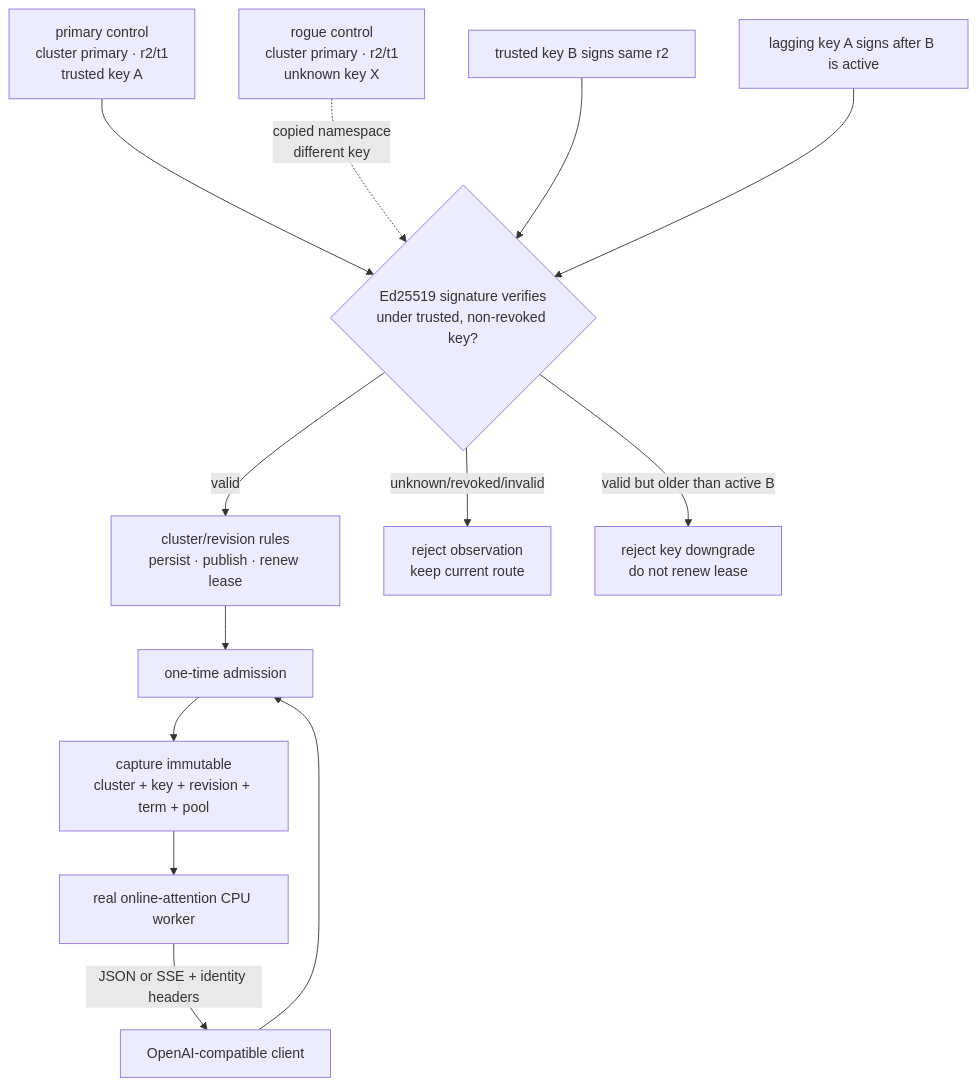
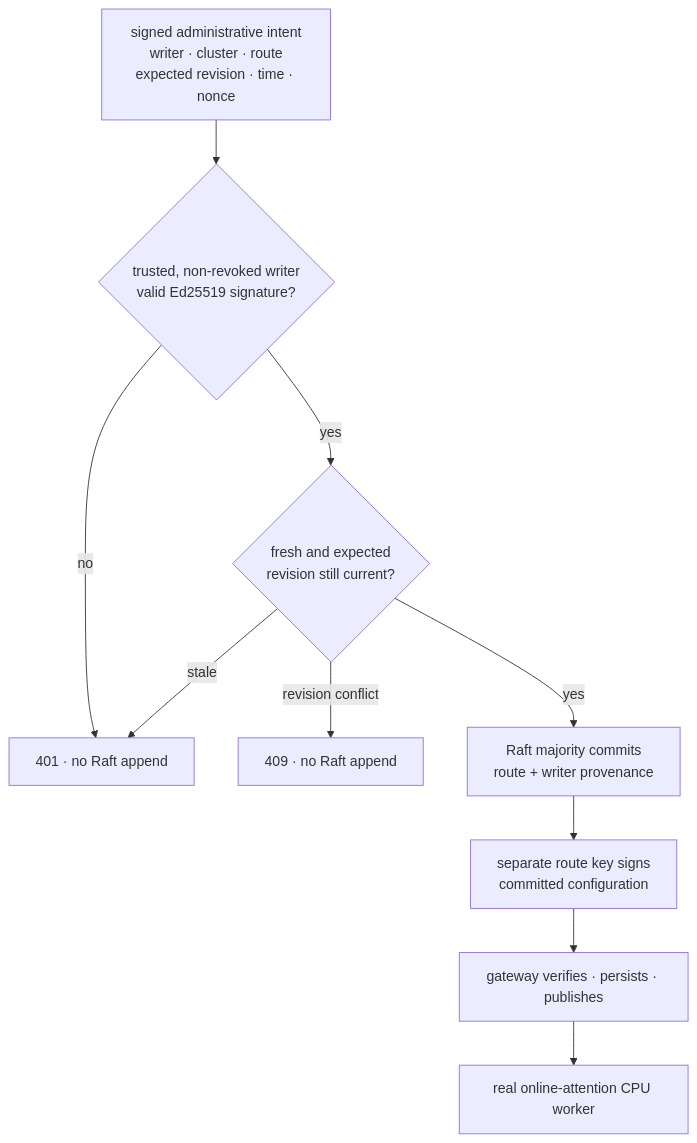
The diagram in README.md (conan505/inferLab), drawn with Mermaid before and after one commit. The commit also changed other lines of this file and 44 other files, not shown here.

Commit message:
v0.19 authorized administrative control writers

````diff
--- a/README.md
+++ b/README.md
@@ -14,15 +14,12 @@
 ```mermaid
 flowchart TD
-    P["primary control<br/>cluster primary · r2/t1<br/>trusted key A"] --> V{"Ed25519 signature verifies<br/>under trusted, non-revoked key?"}
-    X["rogue control<br/>cluster primary · r2/t1<br/>unknown key X"] -. "copied namespace<br/>different key" .-> V
-    V -->|"valid"| L["cluster/revision rules<br/>persist · publish · renew lease"]
-    V -->|"unknown/revoked/invalid"| R["reject observation<br/>keep current route"]
-    B["trusted key B signs same r2"] --> V
-    A2["lagging key A signs after B is active"] --> V
-    V -->|"valid but older than active B"| D["reject key downgrade<br/>do not renew lease"]
-    C["OpenAI-compatible client"] --> A["one-time admission"]
-    L --> A
-    A --> S["capture immutable<br/>cluster + key + revision + term + pool"]
-    S --> W["real online-attention CPU worker"]
-    W -->|"JSON or SSE + identity headers"| C
+    I["signed administrative intent<br/>writer · cluster · route<br/>expected revision · time · nonce"] --> V{"trusted, non-revoked writer<br/>valid Ed25519 signature?"}
+    V -->|"no"| R401["401 · no Raft append"]
+    V -->|"yes"| F{"fresh and expected<br/>revision still current?"}
+    F -->|"stale"| R401
+    F -->|"revision conflict"| R409["409 · no Raft append"]
+    F -->|"yes"| R["Raft majority commits<br/>route + writer provenance"]
+    R --> S["separate route key signs<br/>committed configuration"]
+    S --> G["gateway verifies · persists · publishes"]
+    G --> W["real online-attention CPU worker"]
 ```
````
